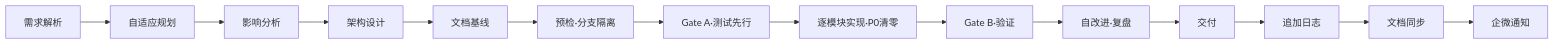
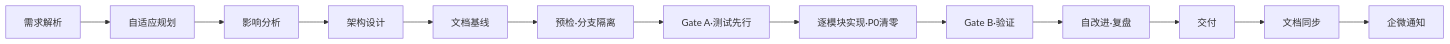
One commit to effiy/YrY changed the second of 3 diagrams in README.md. Above: the diagram before and after it, drawn with Mermaid. The commit also changed other lines of this file and 91 other files, not shown here.

````diff
--- a/README.md
+++ b/README.md
@@ -41,11 +39,11 @@
 ```mermaid
 flowchart LR
     A[需求解析] --> B[自适应规划] --> C[影响分析] --> D[架构设计] --> E[文档基线]
     E --> F[预检·分支隔离]
     F --> G[Gate A·测试先行]
     G --> H[逐模块实现·P0清零]
     H --> I[Gate B·验证]
     I --> J[自改进·复盘]
     J --> K[交付]
-    K --> K1[追加日志] --> K2[文档同步] --> K3[企微通知]
+    K --> K1[文档同步] --> K2[企微通知]
 ```
````
